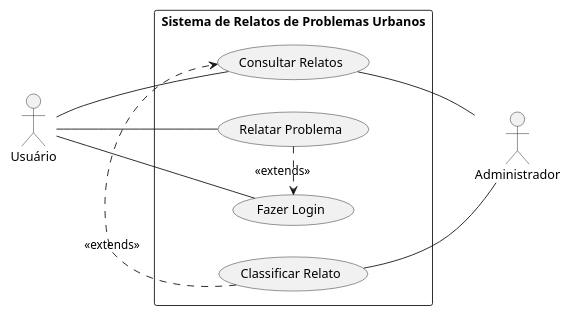
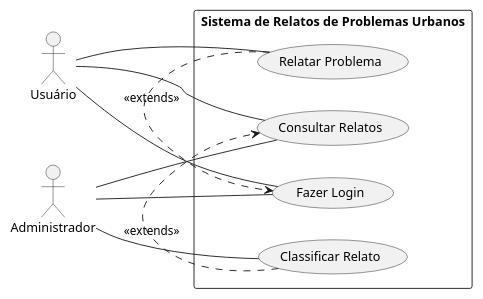
Before and after one commit to RenataArdito/Alerta-ADS: the diagram in UseCase.md, drawn with PlantUML.

````diff
--- a/UseCase.md
+++ b/UseCase.md
@@ -1,28 +1,29 @@
 ```plantuml
 @startuml
 
 scale 0.9
 left to right direction
 
 rectangle "Sistema de Relatos de Problemas Urbanos"{
 
 usecase "Fazer Login" as UC001
 usecase "Relatar Problema" as UC002
 usecase "Classificar Relato" as UC003
 usecase "Consultar Relatos" as UC004
 }
 
 actor "Usuário" as a001
 actor "Administrador" as a002
 
 UC002 .> UC001: <<extends>>
 a001 -- UC001
 a001 -- UC002
 UC003 .> UC004: <<extends>>
+a002 -- UC001
 a002 -- UC003
 
 UC004 -- a001
 UC004 -- a002
 
 @enduml
 ```
````
